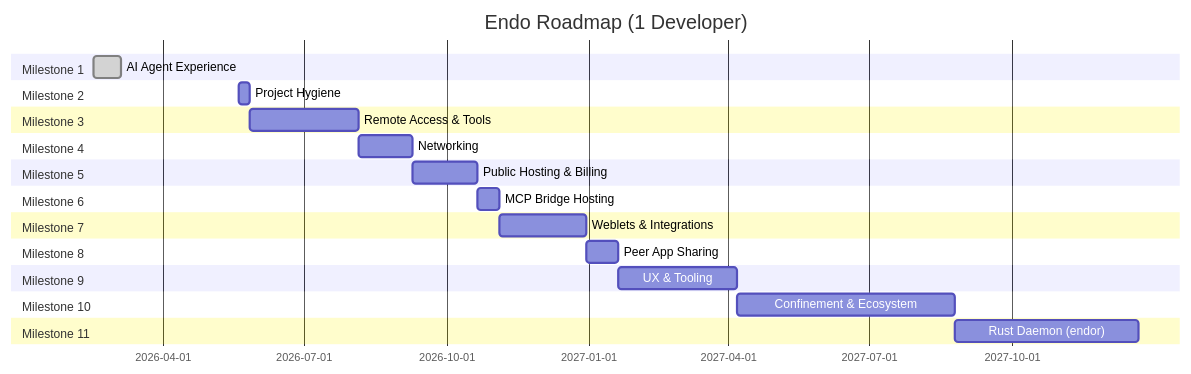
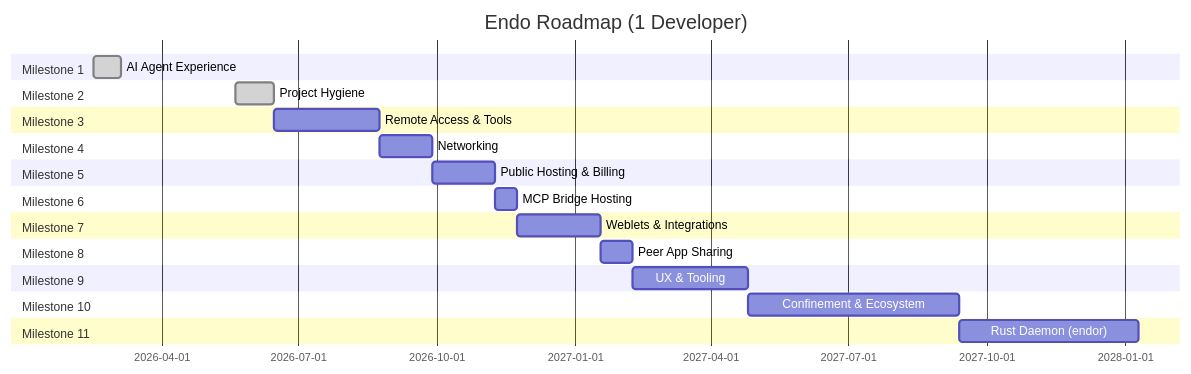
One commit to jbotson/endo-but-for-bots changed the second of 2 diagrams in designs/README.md. Above: the diagram before and after it, drawn with Mermaid. The commit also changed other lines of this file, not shown here.

First line of the commit message:
docs(designs): M2 (Project Hygiene) → Complete on llm

````diff
--- a/designs/README.md
+++ b/designs/README.md
@@ -1283,38 +1283,38 @@
 ```mermaid
 gantt
     title Endo Roadmap (1 Developer)
     dateFormat YYYY-MM-DD
 
     section Milestone 1
     AI Agent Experience           :done, m1, 2026-02-15, 2026-03-05
 
     section Milestone 2
-    Project Hygiene               :m2, 2026-05-20, 1w
+    Project Hygiene               :done, m2, 2026-05-20, 2026-06-15
 
     section Milestone 3
     Remote Access & Tools         :m3, after m2, 10w
 
     section Milestone 4
     Networking                    :m4, after m3, 5w
 
     section Milestone 5
     Public Hosting & Billing      :m5, after m4, 6w
 
     section Milestone 6
     MCP Bridge Hosting            :m6, after m5, 2w
 
     section Milestone 7
     Weblets & Integrations        :m7, after m6, 8w
 
     section Milestone 8
     Peer App Sharing              :m8, after m7, 3w
 
     section Milestone 9
     UX & Tooling                  :m9, after m8, 11w
 
     section Milestone 10
     Confinement & Ecosystem       :m10, after m9, 20w
 
     section Milestone 11
     Rust Daemon (endor)           :m11, after m10, 17w
 ```
````
